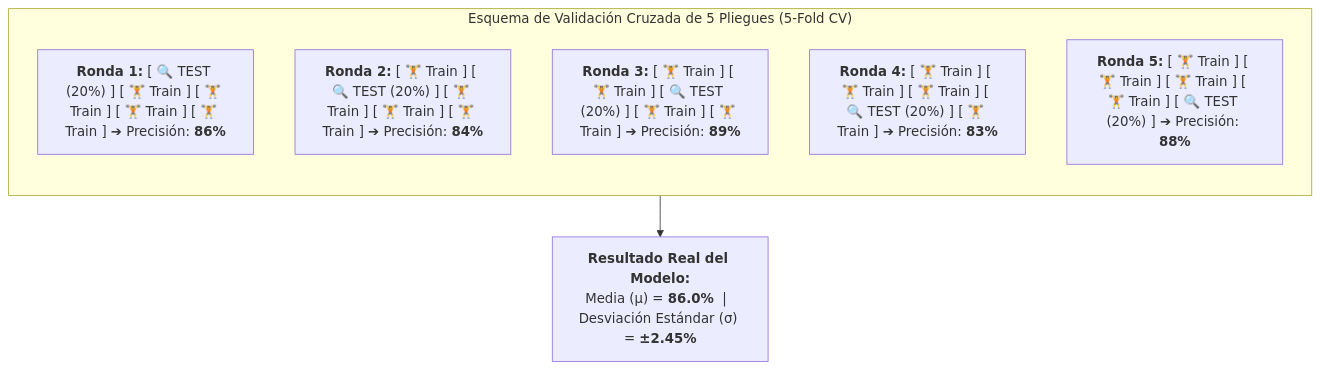
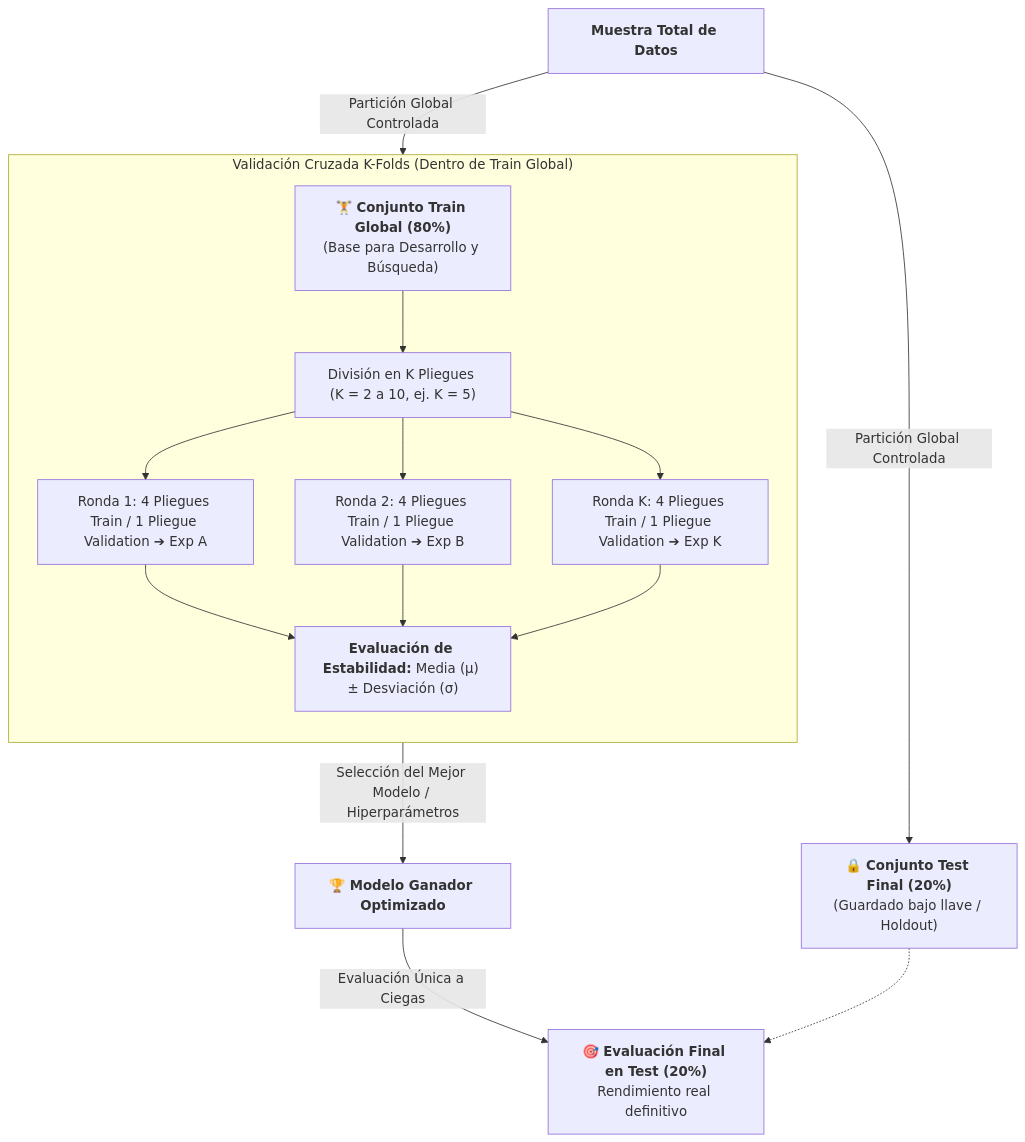
The fifth of 5 diagrams in minería de datos/4. Población, Muestreo, Train-Test y Cobertura Convexa de Patrones.md (Eddyfals0/notas-obsidia-oto-o-2026), drawn with Mermaid before and after one commit. The commit also changed other lines of this file, not shown here.

Commit message:
docs: clarificar arquitectura de Test global vs K-Folds internos en Train

````diff
--- a/minería de datos/4. Población, Muestreo, Train-Test y Cobertura Convexa de Patrones.md
+++ b/minería de datos/4. Población, Muestreo, Train-Test y Cobertura Convexa de Patrones.md
@@ -239,12 +247,20 @@
 ```mermaid
 flowchart TD
-    subgraph KFold ["Esquema de Validación Cruzada de 5 Pliegues (5-Fold CV)"]
+    MUE["<b>Muestra Total de Datos</b>"] -->|Partición Global Controlada| TR_GLOB["🏋️ <b>Conjunto Train Global (80%)</b><br>(Base para Desarrollo y Búsqueda)"]
+    MUE -->|Partición Global Controlada| TE_GLOB["🔒 <b>Conjunto Test Final (20%)</b><br>(Guardado bajo llave / Holdout)"]
+
+    subgraph CV_INTERNA ["Validación Cruzada K-Folds (Dentro de Train Global)"]
         direction TB
-        R1["<b>Ronda 1:</b> [ 🔍 TEST (20%) ] [ 🏋️ Train ] [ 🏋️ Train ] [ 🏋️ Train ] [ 🏋️ Train ] ➔ Precisión: <b>86%</b>"]
-        R2["<b>Ronda 2:</b> [ 🏋️ Train ] [ 🔍 TEST (20%) ] [ 🏋️ Train ] [ 🏋️ Train ] [ 🏋️ Train ] ➔ Precisión: <b>84%</b>"]
-        R3["<b>Ronda 3:</b> [ 🏋️ Train ] [ 🏋️ Train ] [ 🔍 TEST (20%) ] [ 🏋️ Train ] [ 🏋️ Train ] ➔ Precisión: <b>89%</b>"]
-        R4["<b>Ronda 4:</b> [ 🏋️ Train ] [ 🏋️ Train ] [ 🏋️ Train ] [ 🔍 TEST (20%) ] [ 🏋️ Train ] ➔ Precisión: <b>83%</b>"]
-        R5["<b>Ronda 5:</b> [ 🏋️ Train ] [ 🏋️ Train ] [ 🏋️ Train ] [ 🏋️ Train ] [ 🔍 TEST (20%) ] ➔ Precisión: <b>88%</b>"]
+        TR_GLOB --> FOLDS["División en K Pliegues (K = 2 a 10, ej. K = 5)"]
+        FOLDS --> R1["Ronda 1: 4 Pliegues Train / 1 Pliegue Validation ➔ Exp A"]
+        FOLDS --> R2["Ronda 2: 4 Pliegues Train / 1 Pliegue Validation ➔ Exp B"]
+        FOLDS --> RK["Ronda K: 4 Pliegues Train / 1 Pliegue Validation ➔ Exp K"]
+        R1 --> RES_CV["<b>Evaluación de Estabilidad:</b> Media (μ) ± Desviación (σ)"]
+        R2 --> RES_CV
+        RK --> RES_CV
     end
-    KFold --> FINAL["<b>Resultado Real del Modelo:</b><br>Media (μ) = <b>86.0%</b>  |  Desviación Estándar (σ) = <b>±2.45%</b>"]
+
+    RES_CV -->|Selección del Mejor Modelo / Hiperparámetros| MODELO_FINAL["🏆 <b>Modelo Ganador Optimizado</b>"]
+    MODELO_FINAL -->|Evaluación Única a Ciegas| EVAL_TEST["🎯 <b>Evaluación Final en Test (20%)</b><br>Rendimiento real definitivo"]
+    TE_GLOB -.-> EVAL_TEST
 ```
````
